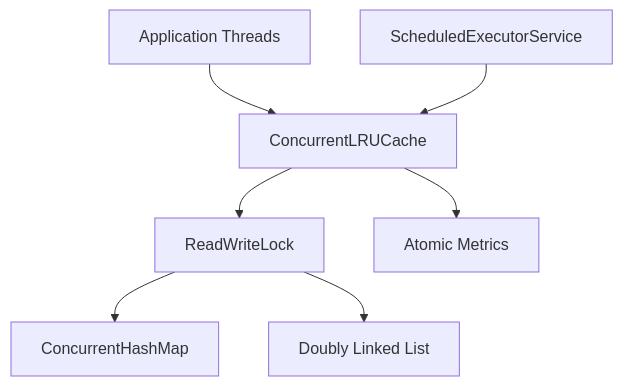
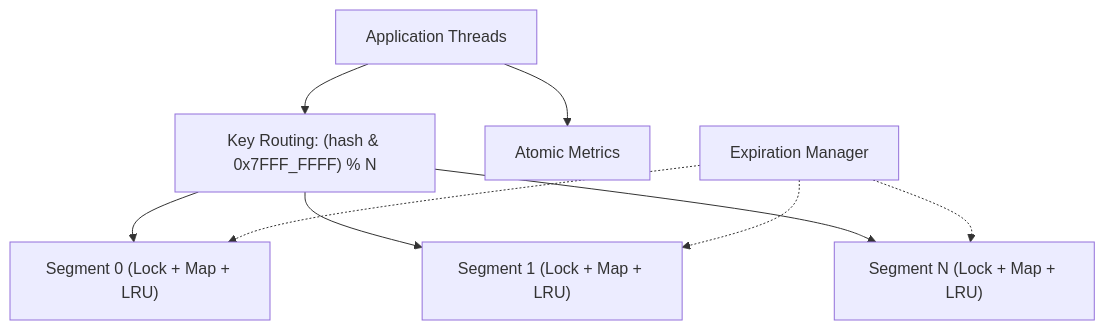
Before and after one commit to s4rojx/concurrent-lru-cache: the diagram in README.md, drawn with Mermaid. The commit also changed other lines of this file and 1 other file, not shown here.

````diff
--- a/README.md
+++ b/README.md
@@ -53,9 +29,11 @@
 ```mermaid
 flowchart TD
-    Threads[Application Threads] --> Cache[ConcurrentLRUCache]
-    Cache --> Lock[ReadWriteLock]
-    Lock --> Map[ConcurrentHashMap]
-    Lock --> LRU[Doubly Linked List]
-    Cache --> Stats[Atomic Metrics]
-    Scheduler[ScheduledExecutorService] --> Cache
+    Client[Application Threads] --> Router["Key Routing: (hash & 0x7FFF_FFFF) % N"]
+    Router --> S0["Segment 0 (Lock + Map + LRU)"]
+    Router --> S1["Segment 1 (Lock + Map + LRU)"]
+    Router --> SN["Segment N (Lock + Map + LRU)"]
+    Client --> Stats[Atomic Metrics]
+    Cleanup[Expiration Manager] -.-> S0
+    Cleanup -.-> S1
+    Cleanup -.-> SN
 ```
````
